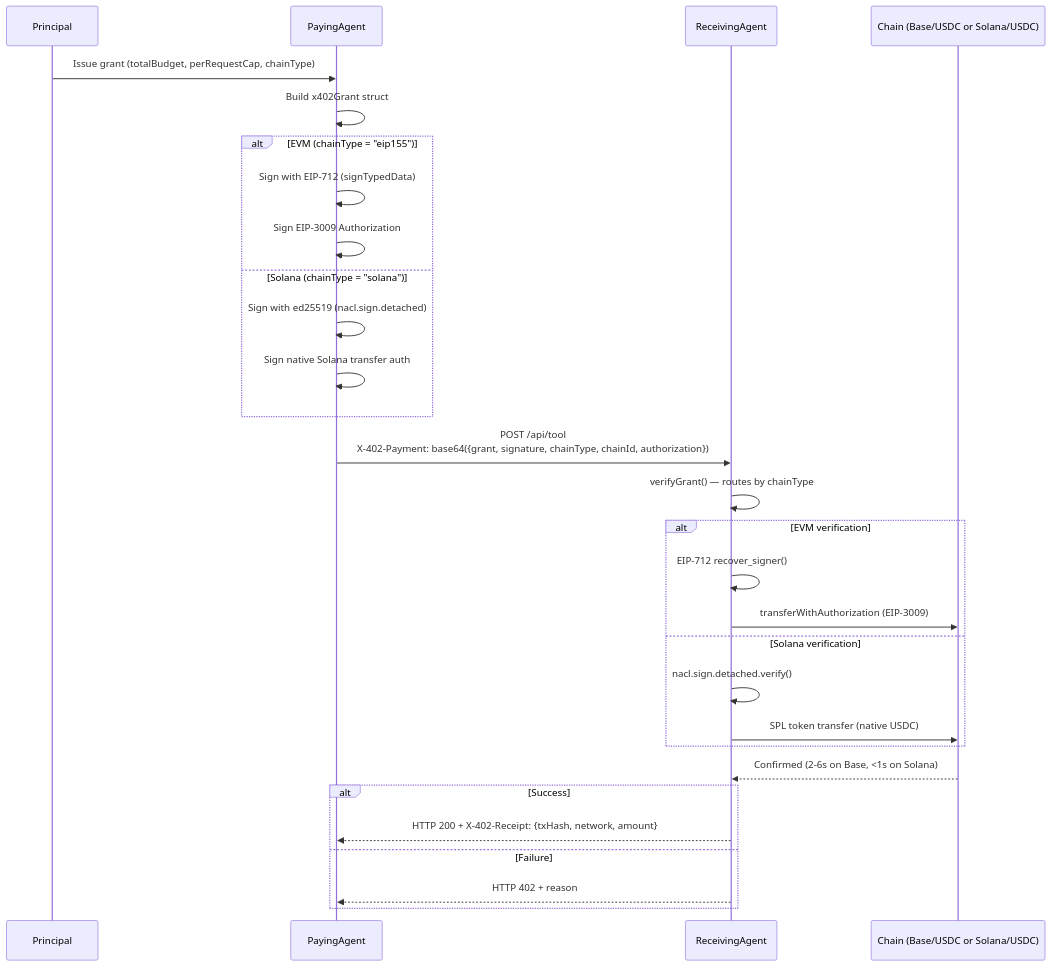
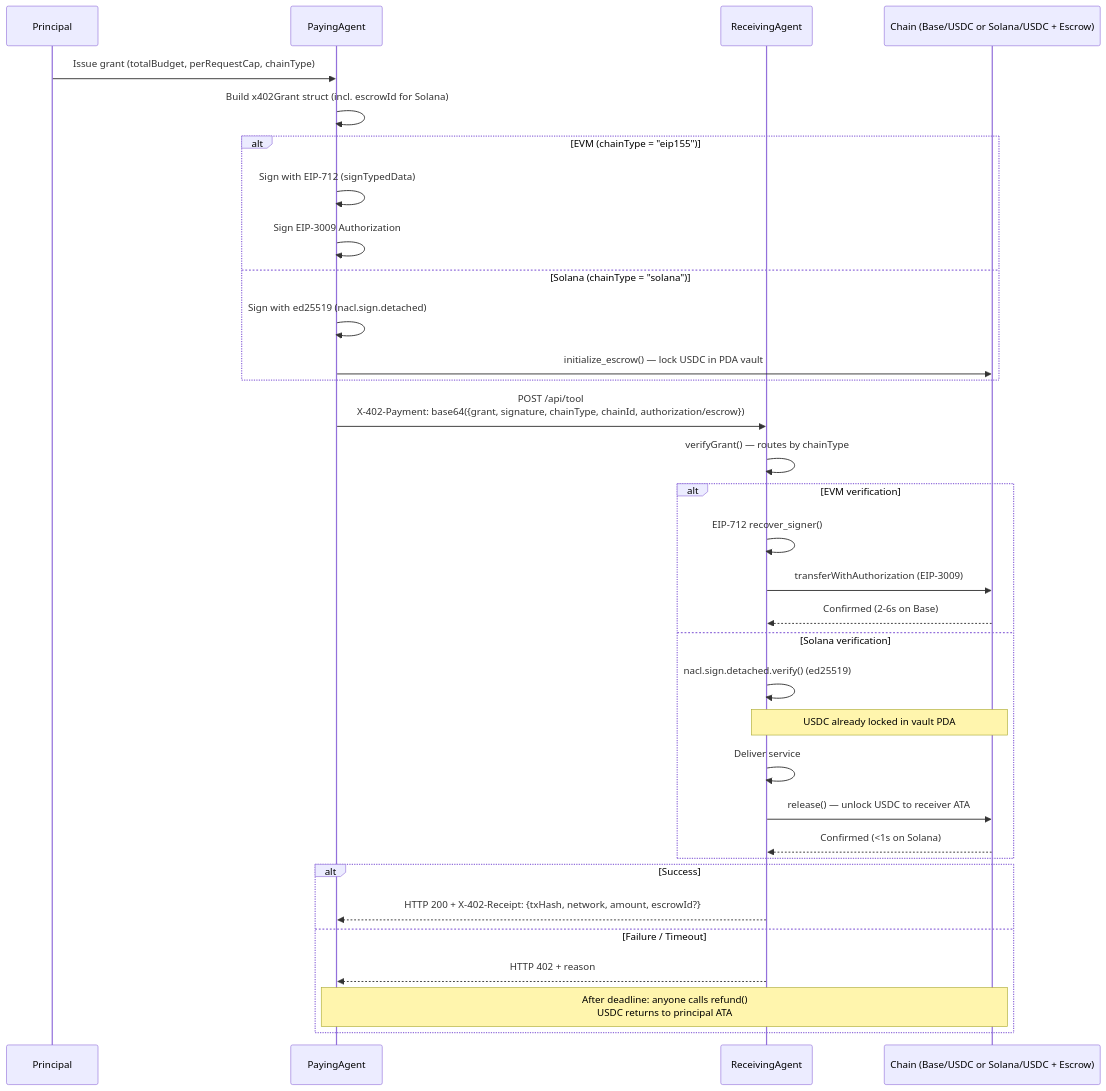
Before and after one commit to x402-foundation/x402: the first of 2 diagrams in specs/payment-flow.md, drawn with Mermaid. The commit also changed other lines of this file, not shown here.

Commit message:
feat: v1.2.0 — dual Mermaid diagrams for Solana escrow, step-by-step Solana path, updated timing table

````diff
--- a/specs/payment-flow.md
+++ b/specs/payment-flow.md
@@ -16,37 +16,40 @@
 ```mermaid
 sequenceDiagram
     participant Principal
     participant PayingAgent
     participant ReceivingAgent
-    participant Chain as Chain (Base/USDC or Solana/USDC)
+    participant Chain as Chain (Base/USDC or Solana/USDC + Escrow)
 
     Principal->>PayingAgent: Issue grant (totalBudget, perRequestCap, chainType)
-    PayingAgent->>PayingAgent: Build x402Grant struct
+    PayingAgent->>PayingAgent: Build x402Grant struct (incl. escrowId for Solana)
 
     alt EVM (chainType = "eip155")
         PayingAgent->>PayingAgent: Sign with EIP-712 (signTypedData)
         PayingAgent->>PayingAgent: Sign EIP-3009 Authorization
     else Solana (chainType = "solana")
         PayingAgent->>PayingAgent: Sign with ed25519 (nacl.sign.detached)
-        PayingAgent->>PayingAgent: Sign native Solana transfer auth
+        PayingAgent->>Chain: initialize_escrow() — lock USDC in PDA vault
     end
 
-    PayingAgent->>ReceivingAgent: POST /api/tool<br/>X-402-Payment: base64({grant, signature, chainType, chainId, authorization})
+    PayingAgent->>ReceivingAgent: POST /api/tool<br/>X-402-Payment: base64({grant, signature, chainType, chainId, authorization/escrow})
     ReceivingAgent->>ReceivingAgent: verifyGrant() — routes by chainType
 
     alt EVM verification
         ReceivingAgent->>ReceivingAgent: EIP-712 recover_signer()
         ReceivingAgent->>Chain: transferWithAuthorization (EIP-3009)
+        Chain-->>ReceivingAgent: Confirmed (2-6s on Base)
     else Solana verification
-        ReceivingAgent->>ReceivingAgent: nacl.sign.detached.verify()
-        ReceivingAgent->>Chain: SPL token transfer (native USDC)
+        ReceivingAgent->>ReceivingAgent: nacl.sign.detached.verify() (ed25519)
+        Note over ReceivingAgent,Chain: USDC already locked in vault PDA
+        ReceivingAgent->>ReceivingAgent: Deliver service
+        ReceivingAgent->>Chain: release() — unlock USDC to receiver ATA
+        Chain-->>ReceivingAgent: Confirmed (<1s on Solana)
     end
 
-    Chain-->>ReceivingAgent: Confirmed (2-6s on Base, <1s on Solana)
-
     alt Success
-        ReceivingAgent-->>PayingAgent: HTTP 200 + X-402-Receipt: {txHash, network, amount}
-    else Failure
+        ReceivingAgent-->>PayingAgent: HTTP 200 + X-402-Receipt: {txHash, network, amount, escrowId?}
+    else Failure / Timeout
         ReceivingAgent-->>PayingAgent: HTTP 402 + reason
+        Note over PayingAgent,Chain: After deadline: anyone calls refund()<br/>USDC returns to principal ATA
     end
 ```
````
